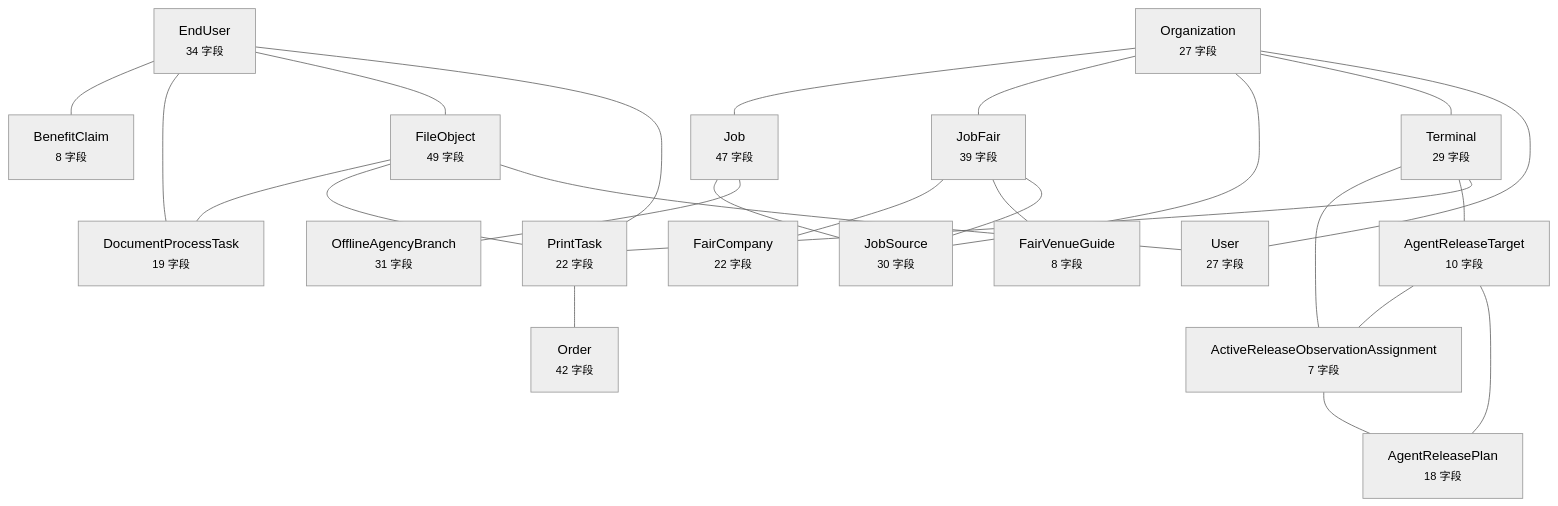
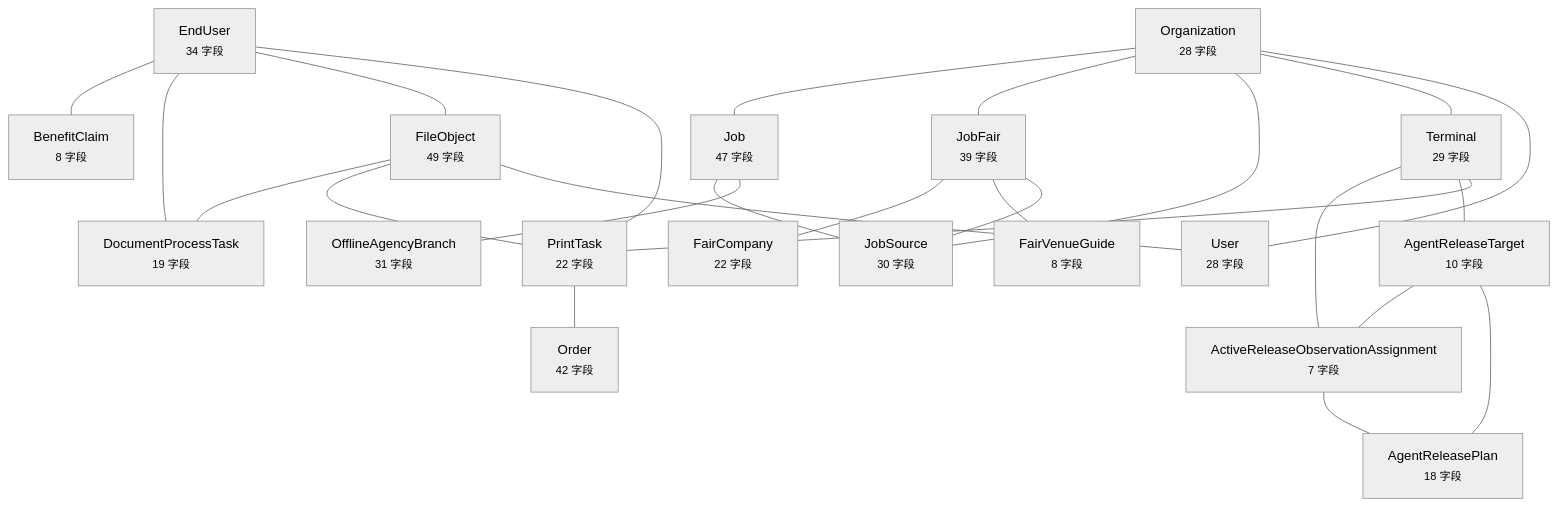
Before and after one commit to wanglei581/YITIJI: the diagram in docs/graph/data-model.md, drawn with Mermaid (neutral theme). The commit also changed other lines of this file and 5 other files, not shown here.

Commit message:
docs(progress): W-03 记录；重新生成图谱

````diff
--- a/docs/graph/data-model.md
+++ b/docs/graph/data-model.md
@@ -10,45 +10,45 @@
 ```mermaid
 flowchart TD
   EndUser["EndUser<br/><small>34 字段</small>"]
-  Organization["Organization<br/><small>27 字段</small>"]
+  Organization["Organization<br/><small>28 字段</small>"]
   Terminal["Terminal<br/><small>29 字段</small>"]
   FileObject["FileObject<br/><small>49 字段</small>"]
   Job["Job<br/><small>47 字段</small>"]
   JobFair["JobFair<br/><small>39 字段</small>"]
   JobSource["JobSource<br/><small>30 字段</small>"]
-  User["User<br/><small>27 字段</small>"]
+  User["User<br/><small>28 字段</small>"]
   PrintTask["PrintTask<br/><small>22 字段</small>"]
   AgentReleaseTarget["AgentReleaseTarget<br/><small>10 字段</small>"]
   Order["Order<br/><small>42 字段</small>"]
   ActiveReleaseObservationAssignment["ActiveReleaseObservationAssignment<br/><small>7 字段</small>"]
   AgentReleasePlan["AgentReleasePlan<br/><small>18 字段</small>"]
   BenefitClaim["BenefitClaim<br/><small>8 字段</small>"]
   DocumentProcessTask["DocumentProcessTask<br/><small>19 字段</small>"]
   FairCompany["FairCompany<br/><small>22 字段</small>"]
   FairVenueGuide["FairVenueGuide<br/><small>8 字段</small>"]
   OfflineAgencyBranch["OfflineAgencyBranch<br/><small>31 字段</small>"]
   EndUser --- BenefitClaim
   EndUser --- DocumentProcessTask
   EndUser --- FileObject
   EndUser --- PrintTask
   Organization --- Job
   Organization --- JobFair
   Organization --- JobSource
   Organization --- Terminal
   Organization --- User
   Terminal --- ActiveReleaseObservationAssignment
   Terminal --- AgentReleaseTarget
   Terminal --- PrintTask
   FileObject --- DocumentProcessTask
   FileObject --- PrintTask
   FileObject --- User
   Job --- JobSource
   Job --- OfflineAgencyBranch
   JobFair --- FairCompany
   JobFair --- FairVenueGuide
   JobFair --- JobSource
   PrintTask --- Order
   AgentReleaseTarget --- ActiveReleaseObservationAssignment
   AgentReleaseTarget --- AgentReleasePlan
   ActiveReleaseObservationAssignment --- AgentReleasePlan
 ```
````
